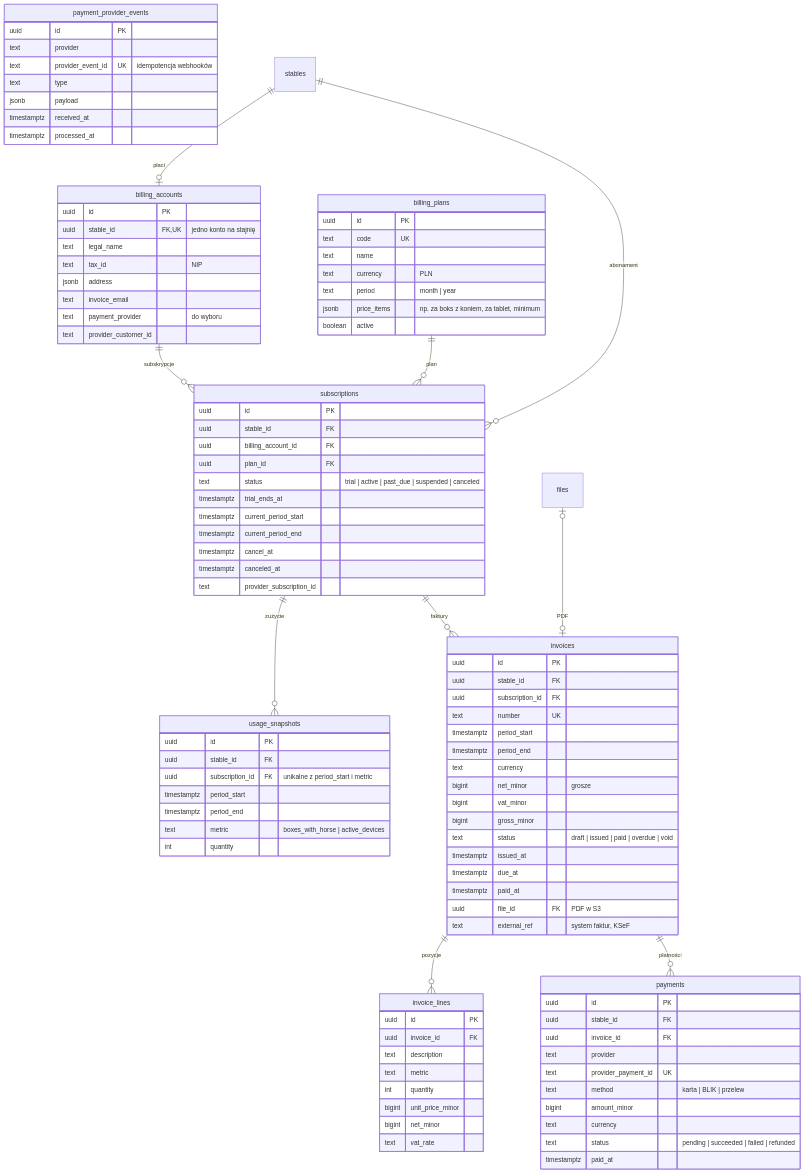
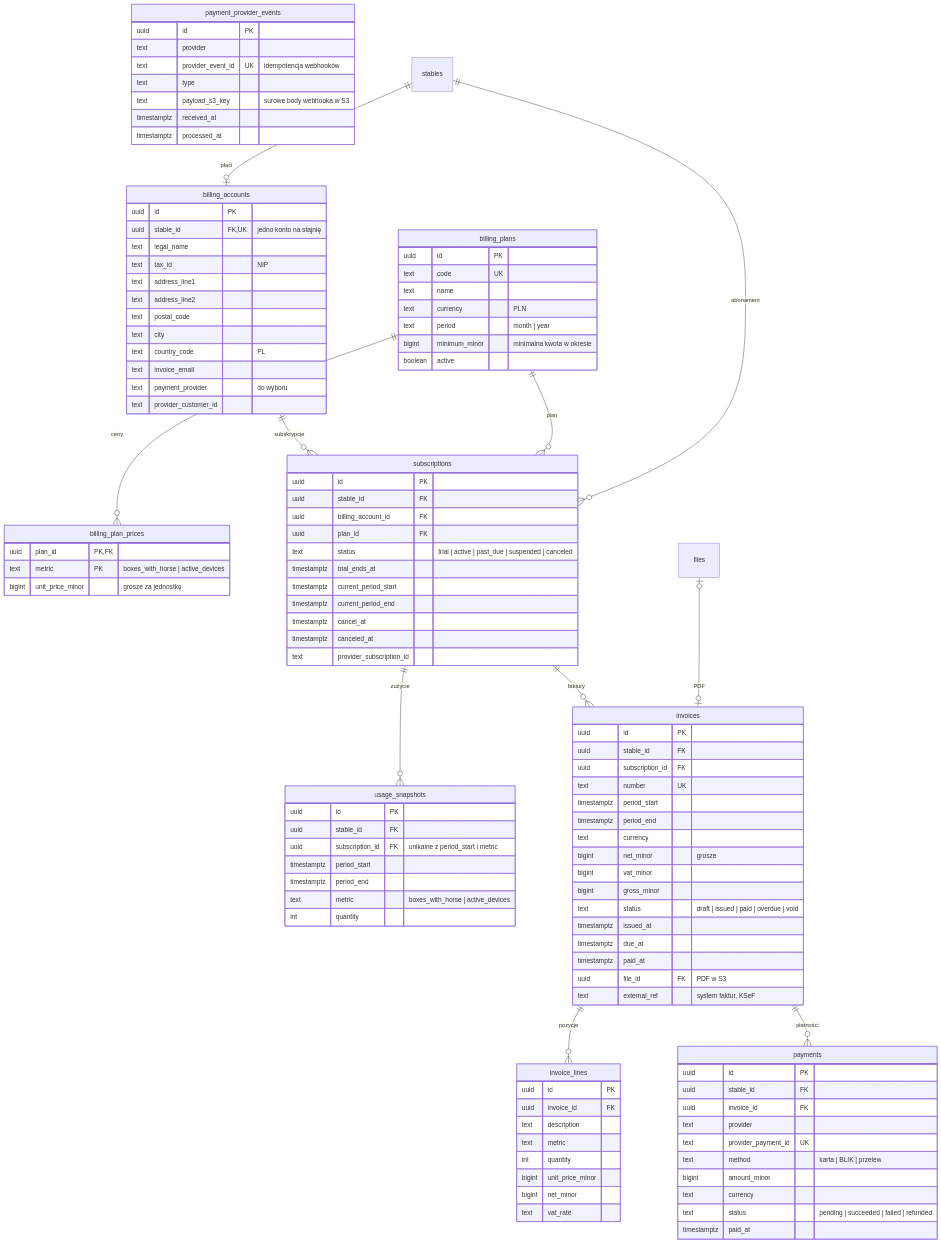
The sixth of 6 diagrams in docs/erd.md (ClewlerStudent/KonskaAppka), drawn with Mermaid before and after one commit. The commit also changed other lines of this file and 6 other files, not shown here.

First line of the commit message:
ERD: bez jsonb, obowiązkowy termin ważności zaproszeń

```diff
--- a/docs/erd.md
+++ b/docs/erd.md
@@ -732,7 +802,11 @@
         uuid stable_id FK, UK "jedno konto na stajnię"
         text legal_name
         text tax_id "NIP"
-        jsonb address
+        text address_line1
+        text address_line2
+        text postal_code
+        text city
+        text country_code "PL"
         text invoice_email
         text payment_provider "do wyboru"
         text provider_customer_id
@@ -743,8 +817,13 @@
         text name
         text currency "PLN"
         text period "month | year"
-        jsonb price_items "np. za boks z koniem, za tablet, minimum"
+        bigint minimum_minor "minimalna kwota w okresie"
         boolean active
+    }
+    billing_plan_prices {
+        uuid plan_id PK, FK
+        text metric PK "boxes_with_horse | active_devices"
+        bigint unit_price_minor "grosze za jednostkę"
     }
     subscriptions {
         uuid id PK
@@ -813,7 +892,7 @@
         text provider
         text provider_event_id UK "idempotencja webhooków"
         text type
-        jsonb payload
+        text payload_s3_key "surowe body webhooka w S3"
         timestamptz received_at
         timestamptz processed_at
     }
@@ -821,6 +900,7 @@
     files
     stables ||--o| billing_accounts : "płaci"
     billing_accounts ||--o{ subscriptions : "subskrypcje"
+    billing_plans ||--o{ billing_plan_prices : "ceny"
     billing_plans ||--o{ subscriptions : "plan"
     stables ||--o{ subscriptions : "abonament"
     subscriptions ||--o{ usage_snapshots : "zużycie"
```
